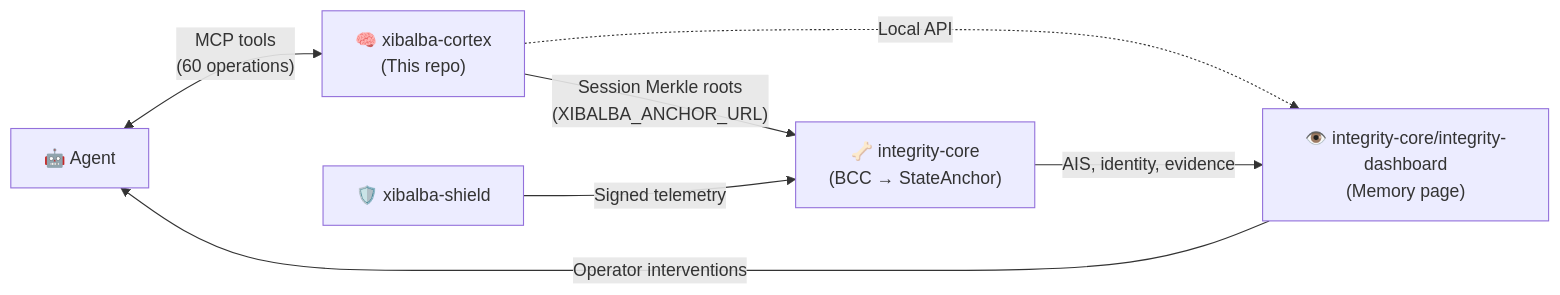
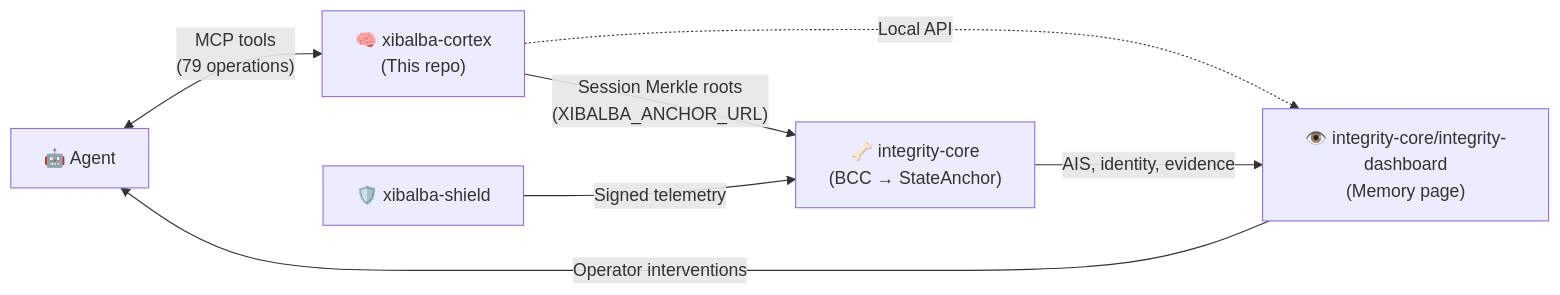
The second of 2 diagrams in README.md (XibalbaTechSol/xibalba-cortex), drawn with Mermaid before and after one commit. The commit also changed other lines of this file and 35 other files, not shown here.

````diff
--- a/README.md
+++ b/README.md
@@ -386,9 +402,9 @@
 ```mermaid
 flowchart LR
-    Agent["🤖 Agent"] <-->|"MCP tools<br/>(60 operations)"| Brain["🧠 xibalba-cortex<br/>(This repo)"]
+    Agent["🤖 Agent"] <-->|"MCP tools<br/>(79 operations)"| Brain["🧠 xibalba-cortex<br/>(This repo)"]
     Brain -->|"Session Merkle roots<br/>(XIBALBA_ANCHOR_URL)"| Backbone["🦴 integrity-core<br/>(BCC → StateAnchor)"]
     Brain -.->|"Local API"| Eyes["👁️ integrity-core/integrity-dashboard<br/>(Memory page)"]
     Immune["🛡️ xibalba-shield"] -->|"Signed telemetry"| Backbone
     Backbone -->|"AIS, identity, evidence"| Eyes
     Eyes -->|"Operator interventions"| Agent
 ```
````
